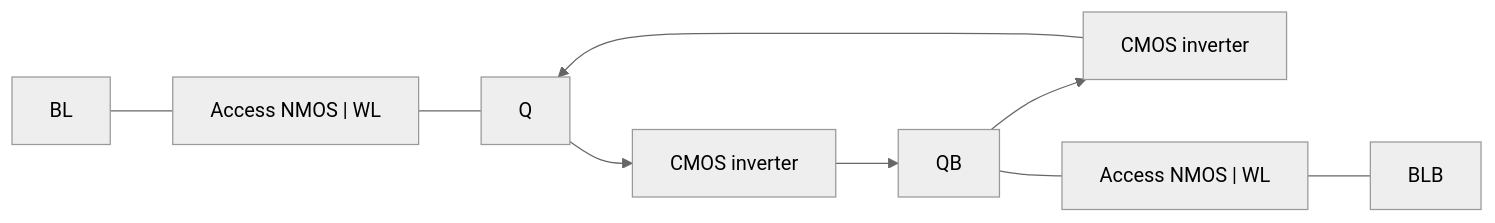
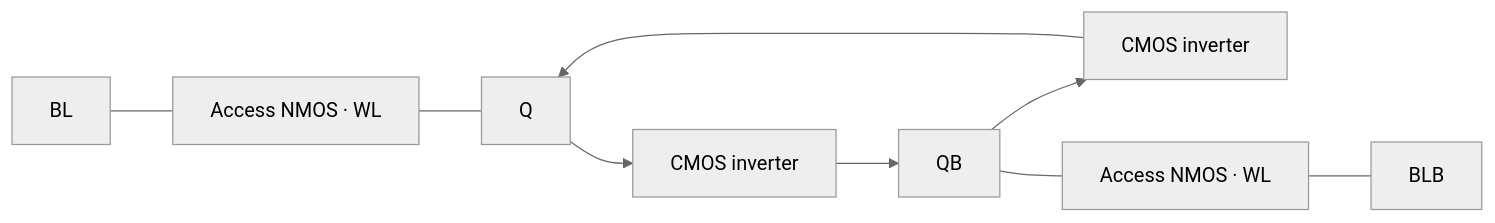
The diagram in README.md (michaelcolby-git/sram-6t-array), drawn with Mermaid (neutral theme) before and after one commit. The commit also changed other lines of this file and 7 other files, not shown here.

````diff
--- a/README.md
+++ b/README.md
@@ -23,11 +19,7 @@
 ```mermaid
 flowchart LR
-  BL[BL] --- AX0["Access NMOS | WL"]
-  AX0 --- Q[Q]
-  Q --> INV1["CMOS inverter"]
-  INV1 --> QB[QB]
-  QB --> INV0["CMOS inverter"]
-  INV0 --> Q
-  QB --- AX1["Access NMOS | WL"]
-  AX1 --- BLB[BLB]
+  BL[BL] --- AX0["Access NMOS · WL"] --- Q[Q]
+  Q --> I1["CMOS inverter"] --> QB[QB]
+  QB --> I0["CMOS inverter"] --> Q
+  QB --- AX1["Access NMOS · WL"] --- BLB[BLB]
 ```
````
